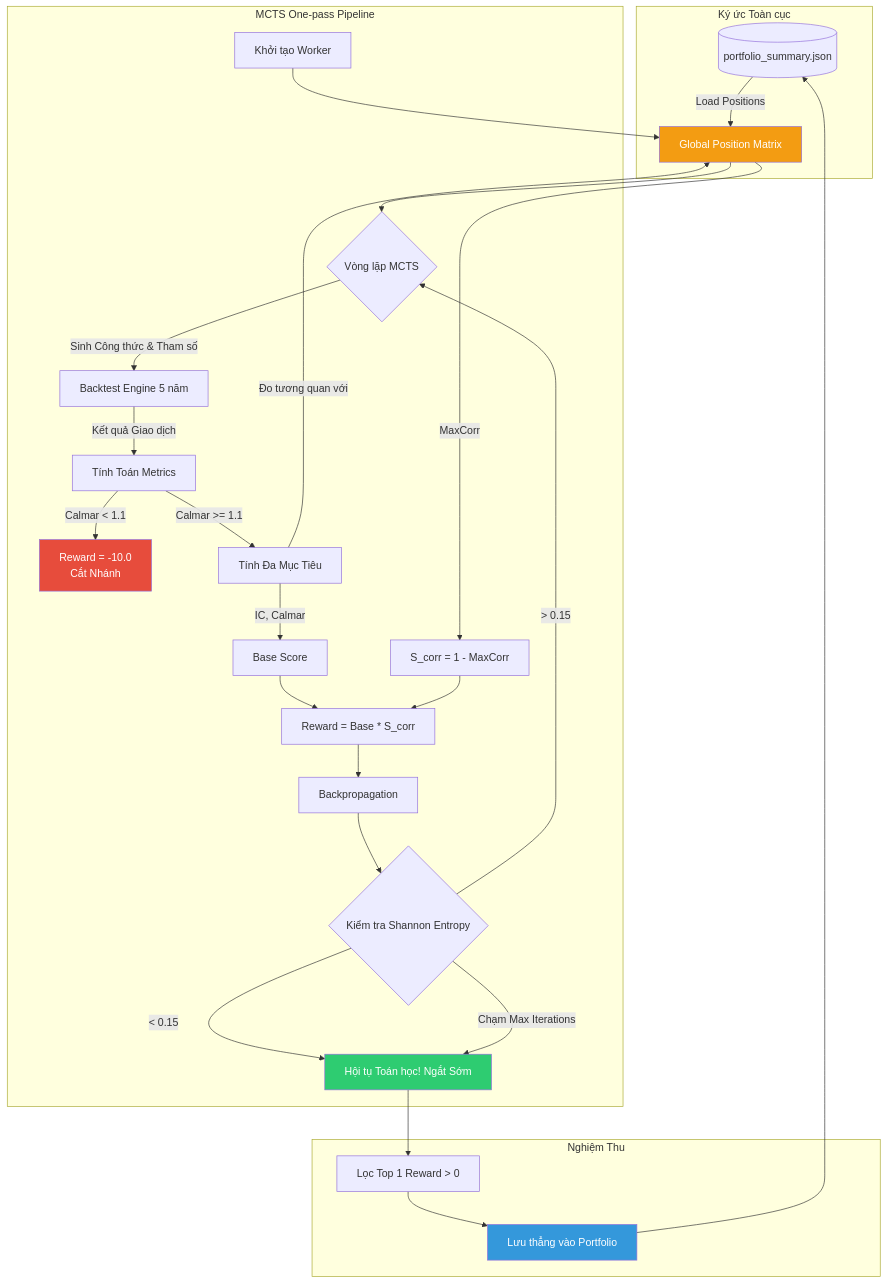
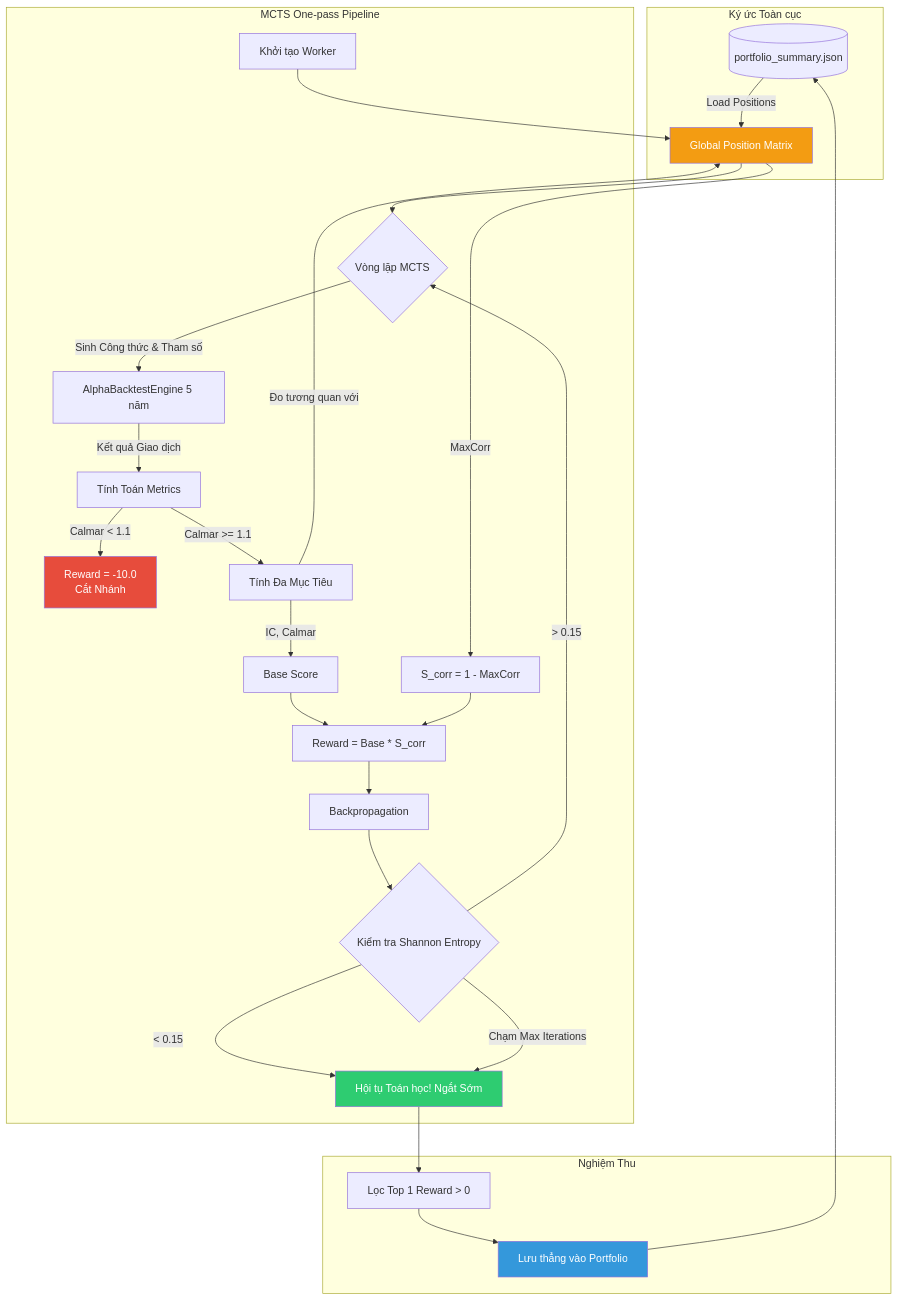
Before and after one commit to NguyenTrungAnh-ultra/alpha_farm: the second of 2 diagrams in README.md, drawn with Mermaid. The commit also changed other lines of this file and 492 other files, not shown here.

Commit message:
refactor: decouple engine from XNO sandbox, implement AlphaPrimitives & AlphaEngine

````diff
--- a/README.md
+++ b/README.md
@@ -172,41 +121,41 @@
 ```mermaid
 graph TD
     subgraph Ký ức Toàn cục
         pm[(portfolio_summary.json)] -->|Load Positions| gm[Global Position Matrix]
     end
 
     subgraph MCTS One-pass Pipeline
         init[Khởi tạo Worker] --> gm
         gm --> mcts_run{Vòng lặp MCTS}
         
-        mcts_run -->|Sinh Công thức & Tham số| bt[Backtest Engine 5 năm]
+        mcts_run -->|Sinh Công thức & Tham số| bt[AlphaBacktestEngine 5 năm]
         bt -->|Kết quả Giao dịch| metrics[Tính Toán Metrics]
         
         metrics -->|Calmar < 1.1| reject[Reward = -10.0 <br> Cắt Nhánh]
         metrics -->|Calmar >= 1.1| reward_calc[Tính Đa Mục Tiêu]
         
         reward_calc -->|IC, Calmar| base_score[Base Score]
         reward_calc -->|Đo tương quan với| gm
         gm -->|MaxCorr| penalty[S_corr = 1 - MaxCorr]
         
         base_score --> final[Reward = Base * S_corr]
         penalty --> final
         final --> backprop[Backpropagation]
         backprop --> entropy{Kiểm tra Shannon Entropy}
         
         entropy -->|> 0.15| mcts_run
         entropy -->|< 0.15| converge[Hội tụ Toán học! Ngắt Sớm]
         entropy -->|Chạm Max Iterations| converge
     end
     
     subgraph Nghiệm Thu
         converge --> select[Lọc Top 1 Reward > 0]
         select --> commit[Lưu thẳng vào Portfolio]
         commit --> pm
     end
 
     style reject fill:#e74c3c,color:#fff
     style converge fill:#2ecc71,color:#fff
     style commit fill:#3498db,color:#fff
     style gm fill:#f39c12,color:#fff
 ```
````
